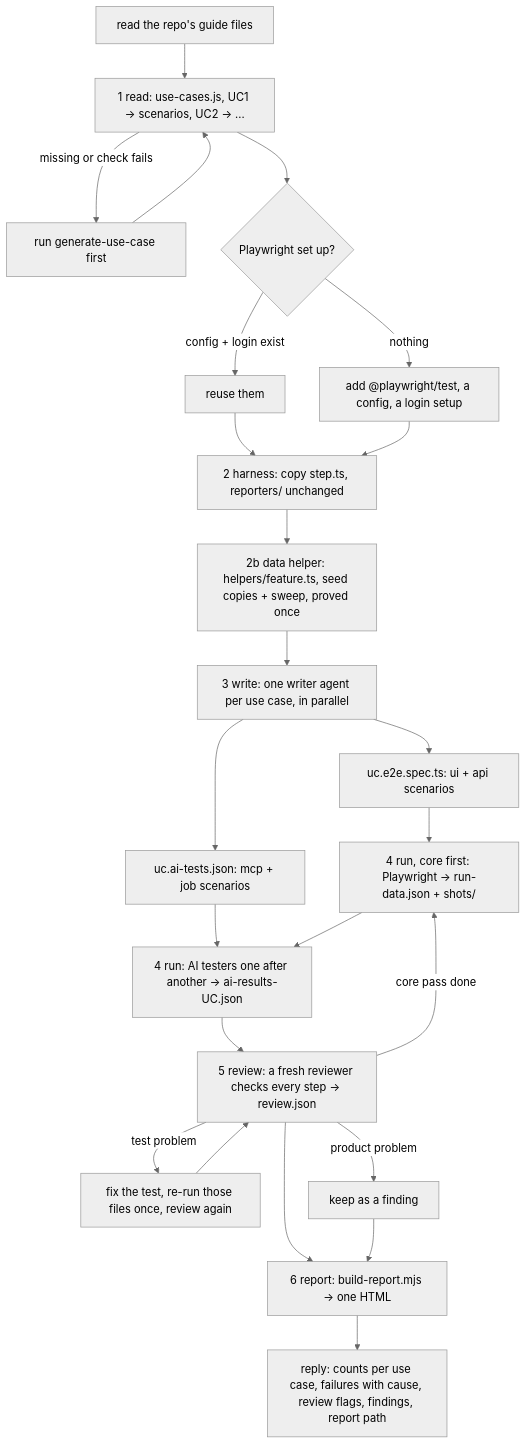
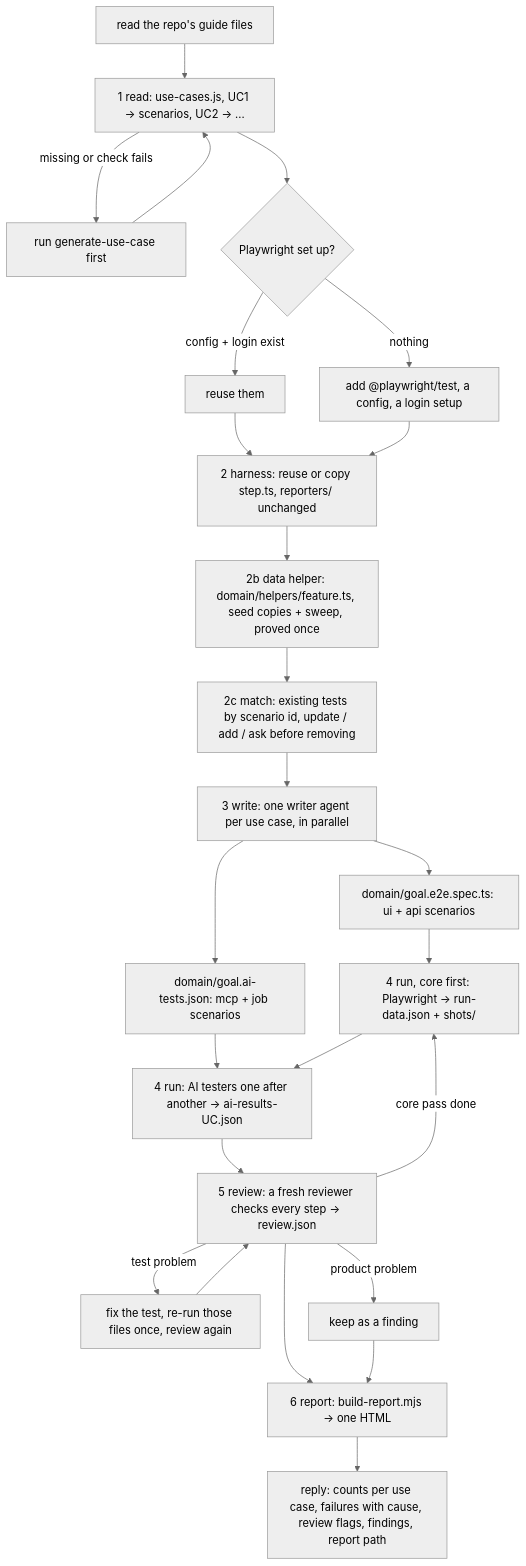
The first of 3 diagrams in plugins/naphatwx-tools/skills/e2e-test/README.md (naphatwx/naphatwx-tools), drawn with Mermaid (neutral theme) before and after one commit. The commit also changed other lines of this file and 22 other files, not shown here.

First line of the commit message:
feat(reports): keep e2e tests by domain and one report per spec

````diff
--- a/plugins/naphatwx-tools/skills/e2e-test/README.md
+++ b/plugins/naphatwx-tools/skills/e2e-test/README.md
@@ -23,26 +23,27 @@
 ```mermaid
 graph TD
     A[read the repo's guide files] --> B["1 read: use-cases.js, UC1 → scenarios, UC2 → ..."]
     B -->|missing or check fails| B1[run generate-use-case first]
     B1 --> B
     B --> C{Playwright set up?}
     C -->|config + login exist| C1[reuse them]
     C -->|nothing| C2["add @playwright/test, a config, a login setup"]
-    C1 --> D["2 harness: copy step.ts, reporters/ unchanged"]
+    C1 --> D["2 harness: reuse or copy step.ts, reporters/ unchanged"]
     C2 --> D
-    D --> D2["2b data helper: helpers/feature.ts, seed copies + sweep, proved once"]
-    D2 --> E["3 write: one writer agent per use case, in parallel"]
-    E --> E1["uc.e2e.spec.ts: ui + api scenarios"]
-    E --> E2["uc.ai-tests.json: mcp + job scenarios"]
+    D --> D2["2b data helper: domain/helpers/feature.ts, seed copies + sweep, proved once"]
+    D2 --> D3["2c match: existing tests by scenario id, update / add / ask before removing"]
+    D3 --> E["3 write: one writer agent per use case, in parallel"]
+    E --> E1["domain/goal.e2e.spec.ts: ui + api scenarios"]
+    E --> E2["domain/goal.ai-tests.json: mcp + job scenarios"]
     E1 --> F1["4 run, core first: Playwright → run-data.json + shots/"]
     E2 --> F2["4 run: AI testers one after another → ai-results-UC.json"]
     F1 --> F2
     F2 --> G["5 review: a fresh reviewer checks every step → review.json"]
     G -->|test problem| H[fix the test, re-run those files once, review again]
     H --> G
     G -->|product problem| I[keep as a finding]
     G -->|core pass done| F1
     G --> J["6 report: build-report.mjs → one HTML"]
     I --> J
     J --> K[reply: counts per use case, failures with cause, review flags, findings, report path]
 ```
````
